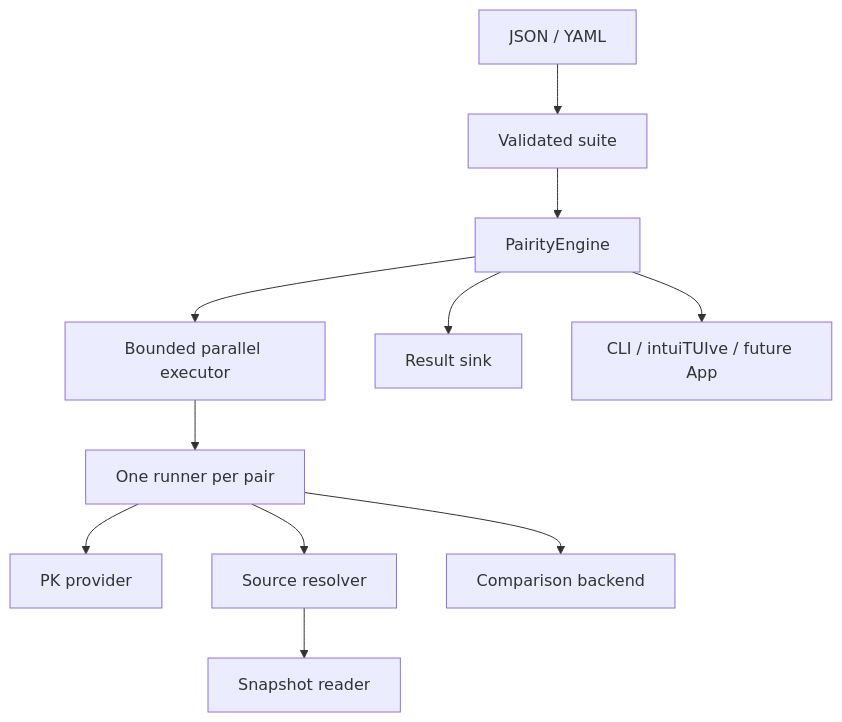
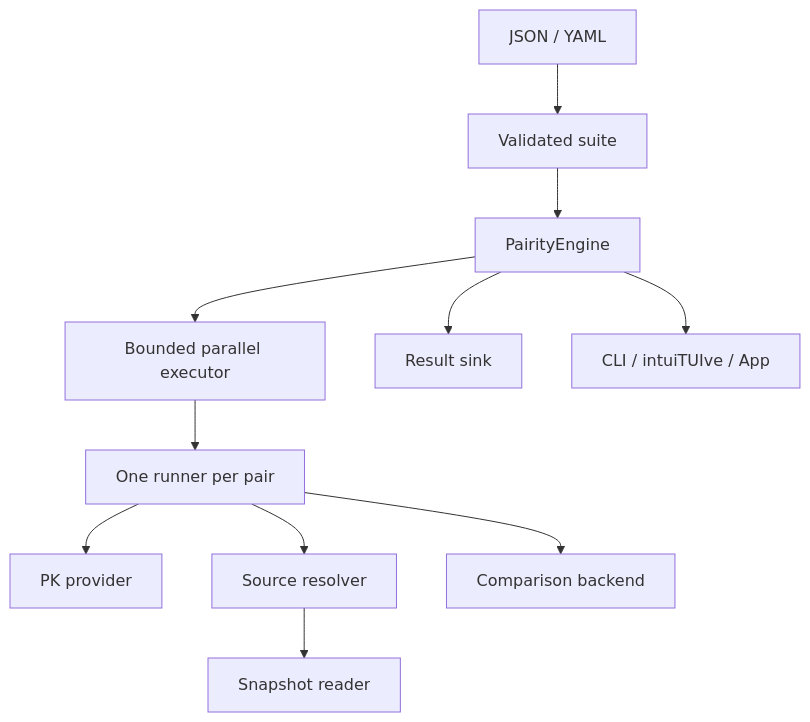
One commit to buchochelliq-labs/pairity changed the diagram in docs/architecture.md. Above: the diagram before and after it, drawn with Mermaid. The commit also changed other lines of this file and 46 other files, not shown here.

````diff
--- a/docs/architecture.md
+++ b/docs/architecture.md
@@ -14,13 +14,13 @@
 ```mermaid
 flowchart TD
   Config["JSON / YAML"] --> Model["Validated suite"]
   Model --> Engine["PairityEngine"]
   Engine --> Executor["Bounded parallel executor"]
   Executor --> Runner["One runner per pair"]
   Runner --> Metadata["PK provider"]
   Runner --> Sources["Source resolver"]
   Sources --> Reader["Snapshot reader"]
   Runner --> Compare["Comparison backend"]
   Engine --> Sink["Result sink"]
-  Engine --> UI["CLI / intuiTUIve / future App"]
+  Engine --> UI["CLI / intuiTUIve / App"]
 ```
````
